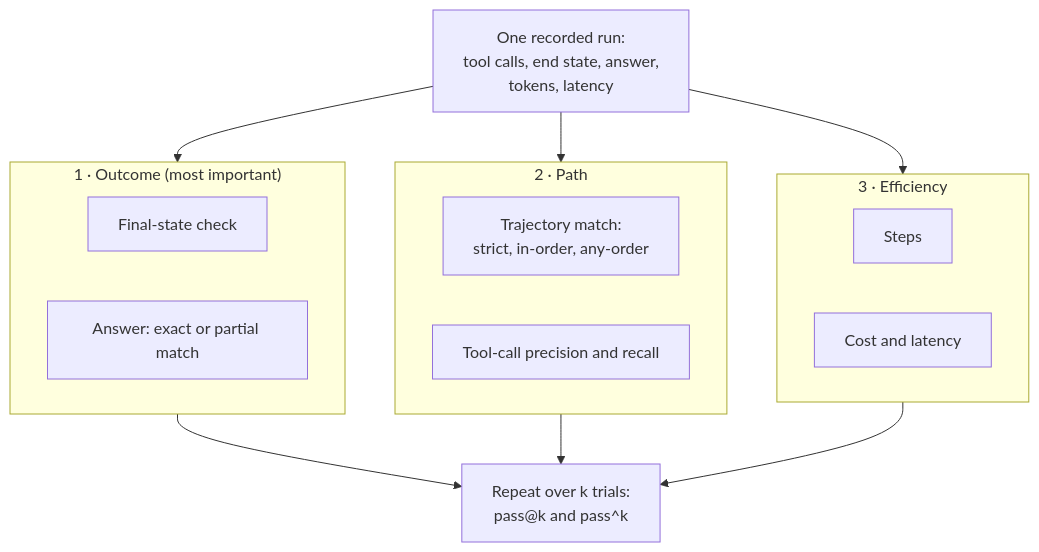
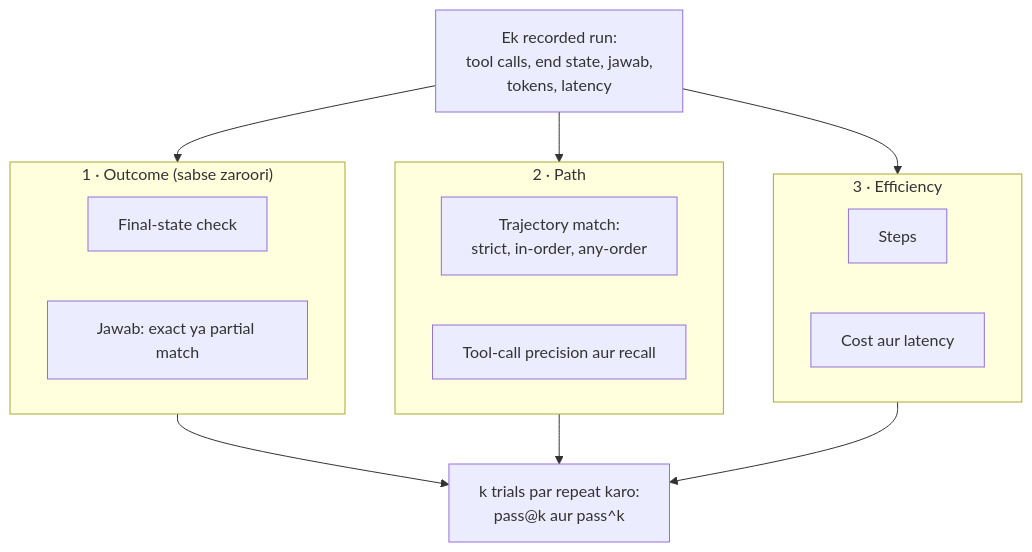
One commit to asmustechno/agentic-ai-notes changed the diagram in docs/12-evaluation/12.2-task-trajectory-and-tool-metrics.md. Above: the diagram before and after it, drawn with Mermaid. The commit also changed other lines of this file and 135 other files, not shown here.

````diff
--- a/docs/12-evaluation/12.2-task-trajectory-and-tool-metrics.md
+++ b/docs/12-evaluation/12.2-task-trajectory-and-tool-metrics.md
@@ -45,17 +45,17 @@
 ```mermaid
 flowchart TB
-    R["One recorded run:<br/>tool calls, end state, answer,<br/>tokens, latency"] --> O & P & E
-    subgraph O ["1 · Outcome (most important)"]
+    R["Ek recorded run:<br/>tool calls, end state, jawab,<br/>tokens, latency"] --> O & P & E
+    subgraph O ["1 · Outcome (sabse zaroori)"]
         O1["Final-state check"]
-        O2["Answer: exact or partial match"]
+        O2["Jawab: exact ya partial match"]
     end
     subgraph P ["2 · Path"]
         P1["Trajectory match:<br/>strict, in-order, any-order"]
-        P2["Tool-call precision and recall"]
+        P2["Tool-call precision aur recall"]
     end
     subgraph E ["3 · Efficiency"]
         E1["Steps"]
-        E2["Cost and latency"]
+        E2["Cost aur latency"]
     end
-    O & P & E --> K["Repeat over k trials:<br/>pass@k and pass^k"]
+    O & P & E --> K["k trials par repeat karo:<br/>pass@k aur pass^k"]
 ```
````
